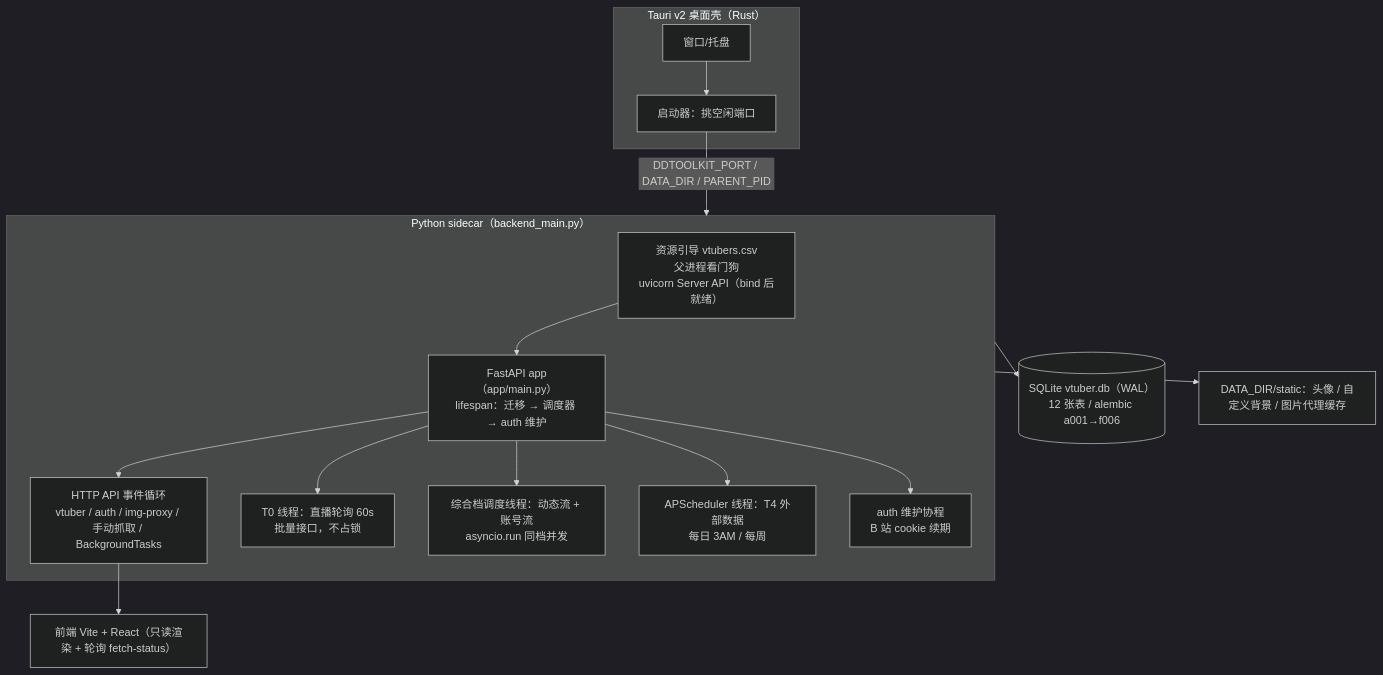
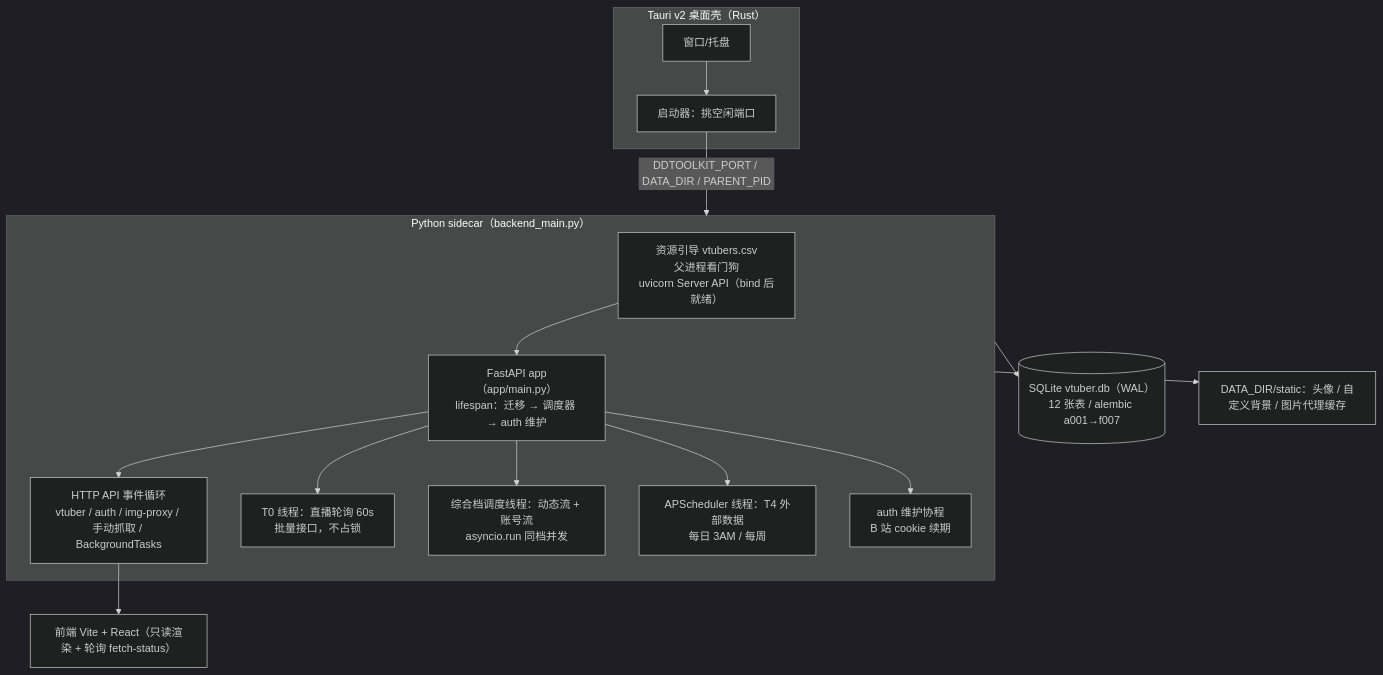
The first of 8 diagrams in docs/ARCHITECTURE.md (Mrslippe/DDToolkit), drawn with Mermaid (dark theme) before and after one commit. The commit also changed other lines of this file and 7 other files, not shown here.

````diff
--- a/docs/ARCHITECTURE.md
+++ b/docs/ARCHITECTURE.md
@@ -23,21 +23,21 @@
 ```mermaid
 flowchart TB
   subgraph Shell["Tauri v2 桌面壳（Rust）"]
     W[窗口/托盘] --> L[启动器：挑空闲端口]
   end
   L -->|"DDTOOLKIT_PORT / DATA_DIR / PARENT_PID"| S
 
   subgraph S["Python sidecar（backend_main.py）"]
     BM["资源引导 vtubers.csv<br/>父进程看门狗<br/>uvicorn Server API（bind 后就绪）"]
     BM --> APP["FastAPI app（app/main.py）<br/>lifespan：迁移 → 调度器 → auth 维护"]
     APP --> HTTP["HTTP API 事件循环<br/>vtuber / auth / img-proxy / 手动抓取 / BackgroundTasks"]
     APP --> T0["T0 线程：直播轮询 60s<br/>批量接口，不占锁"]
     APP --> TIER["综合档调度线程：动态流 + 账号流<br/>asyncio.run 同档并发"]
     APP --> APS["APScheduler 线程：T4 外部数据<br/>每日 3AM / 每周"]
     APP --> AUTH["auth 维护协程<br/>B 站 cookie 续期"]
   end
 
-  S --> DB[("SQLite vtuber.db（WAL）<br/>12 张表 / alembic a001→f006")]
+  S --> DB[("SQLite vtuber.db（WAL）<br/>12 张表 / alembic a001→f007")]
   S --> FS["DATA_DIR/static：头像 / 自定义背景 / 图片代理缓存"]
   HTTP --> UI["前端 Vite + React（只读渲染 + 轮询 fetch-status）"]
 ```
````
